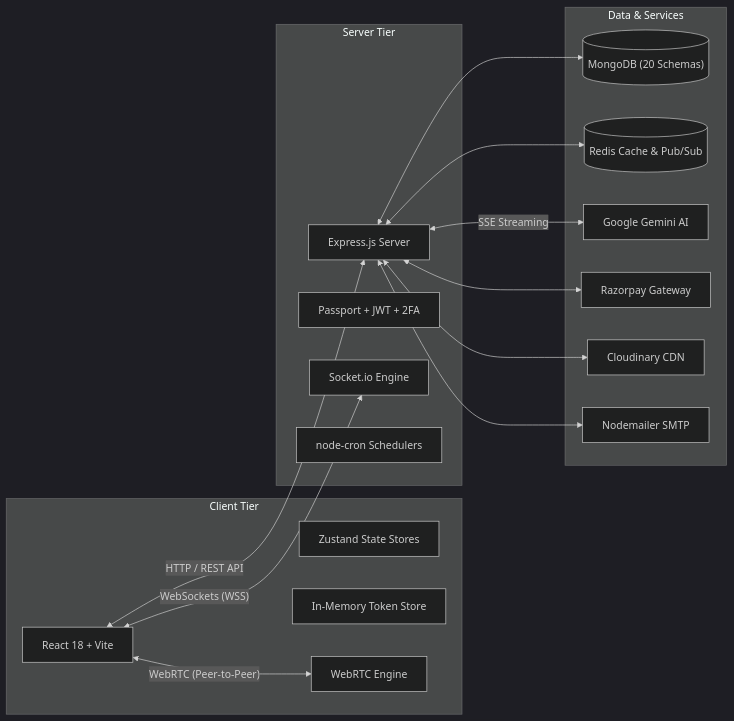
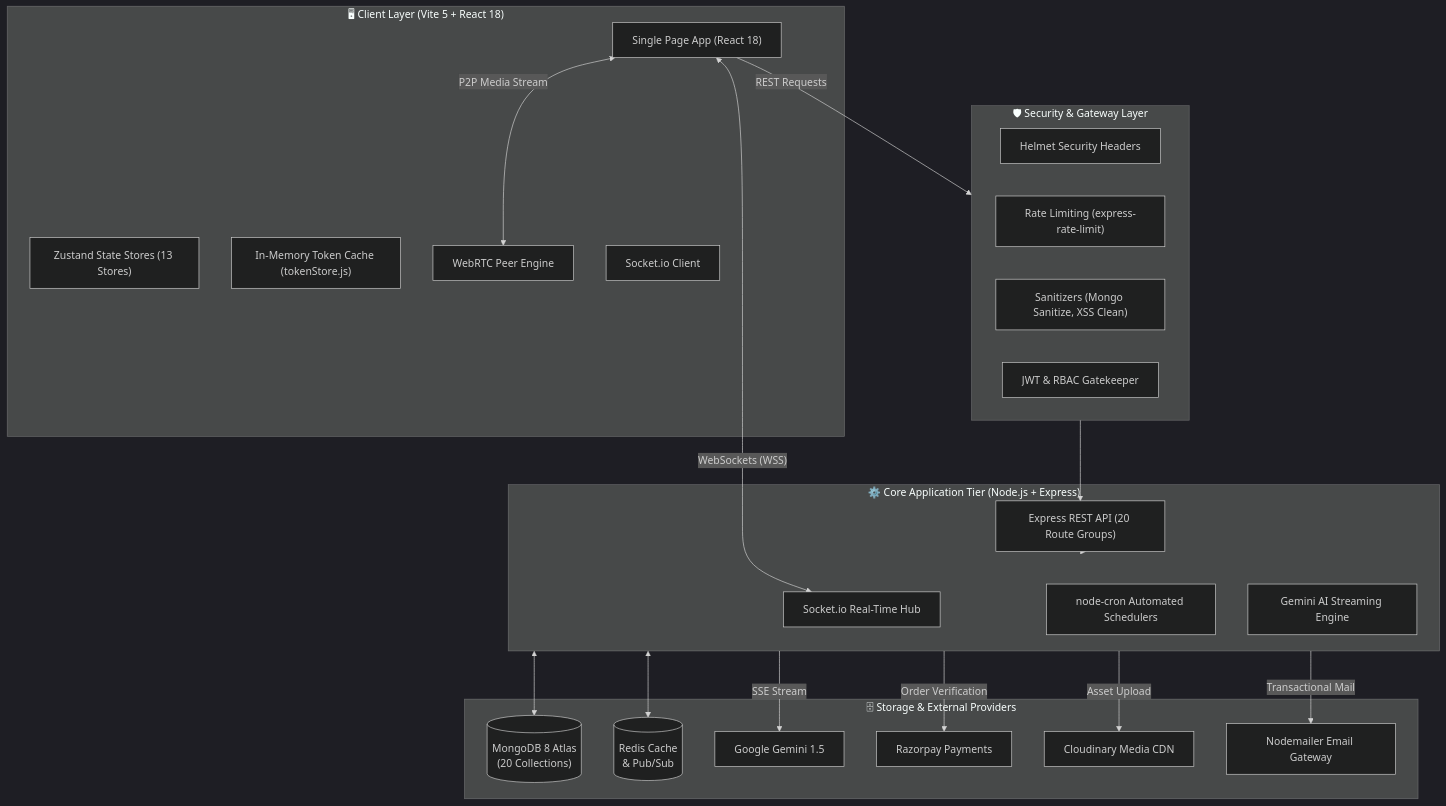
One commit to Aaryan-9784/Skillora changed the first of 3 diagrams in README.md. Above: the diagram before and after it, drawn with Mermaid (dark theme). The commit also changed other lines of this file and 1 other file, not shown here.

Commit message:
docs: overhaul README with comprehensive enterprise architecture and feature documentation

````diff
--- a/README.md
+++ b/README.md
@@ -151,35 +131,47 @@
 ```mermaid
-graph LR
-    subgraph Client["Client Tier"]
-        UI["React 18 + Vite"]
-        Zustand["Zustand State Stores"]
-        TokenStore["In-Memory Token Store"]
-        WebRTC["WebRTC Engine"]
+graph TB
+    subgraph ClientLayer["🖥 Client Layer (Vite 5 + React 18)"]
+        SPA["Single Page App (React 18)"]
+        ZStore["Zustand State Stores (13 Stores)"]
+        TokenCache["In-Memory Token Cache (tokenStore.js)"]
+        WebRTCClient["WebRTC Peer Engine"]
+        SocketClient["Socket.io Client"]
     end
 
-    subgraph Server["Server Tier"]
-        Express["Express.js Server"]
-        Auth["Passport + JWT + 2FA"]
-        Sockets["Socket.io Engine"]
-        Cron["node-cron Schedulers"]
+    subgraph GatewayLayer["🛡 Security & Gateway Layer"]
+        Helmet["Helmet Security Headers"]
+        RateLimit["Rate Limiting (express-rate-limit)"]
+        Sanitize["Sanitizers (Mongo Sanitize, XSS Clean)"]
+        AuthMiddleware["JWT & RBAC Gatekeeper"]
     end
 
-    subgraph Data["Data & Services"]
-        Mongo[("MongoDB (20 Schemas)")]
-        Redis[("Redis Cache & Pub/Sub")]
-        Gemini["Google Gemini AI"]
-        Razorpay["Razorpay Gateway"]
-        Cloudinary["Cloudinary CDN"]
-        Nodemailer["Nodemailer SMTP"]
+    subgraph ServiceLayer["⚙️ Core Application Tier (Node.js + Express)"]
+        Router["Express REST API (20 Route Groups)"]
+        SocketServer["Socket.io Real-Time Hub"]
+        CronEngine["node-cron Automated Schedulers"]
+        AIService["Gemini AI Streaming Engine"]
     end
 
-    UI <-->|"HTTP / REST API"| Express
-    UI <-->|"WebSockets (WSS)"| Sockets
-    UI <-->|"WebRTC (Peer-to-Peer)"| WebRTC
-    Express <--> Mongo
-    Express <--> Redis
-    Express <-->|"SSE Streaming"| Gemini
-    Express <--> Razorpay
-    Express <--> Cloudinary
-    Express <--> Nodemailer
+    subgraph DataLayer["🗄 Storage & External Providers"]
+        MongoDB[("MongoDB 8 Atlas\n(20 Collections)")]
+        RedisCache[("Redis Cache\n& Pub/Sub")]
+        GeminiAPI["Google Gemini 1.5"]
+        RazorpayGateway["Razorpay Payments"]
+        CloudinaryCDN["Cloudinary Media CDN"]
+        NodemailerSMTP["Nodemailer Email Gateway"]
+    end
+
+    SPA -->|"REST Requests"| GatewayLayer
+    SPA <-->|"WebSockets (WSS)"| SocketServer
+    SPA <-->|"P2P Media Stream"| WebRTCClient
+    
+    GatewayLayer --> Router
+    Router --> ServiceLayer
+    
+    ServiceLayer <--> MongoDB
+    ServiceLayer <--> RedisCache
+    ServiceLayer -->|"SSE Stream"| GeminiAPI
+    ServiceLayer -->|"Order Verification"| RazorpayGateway
+    ServiceLayer -->|"Asset Upload"| CloudinaryCDN
+    ServiceLayer -->|"Transactional Mail"| NodemailerSMTP
 ```
````
